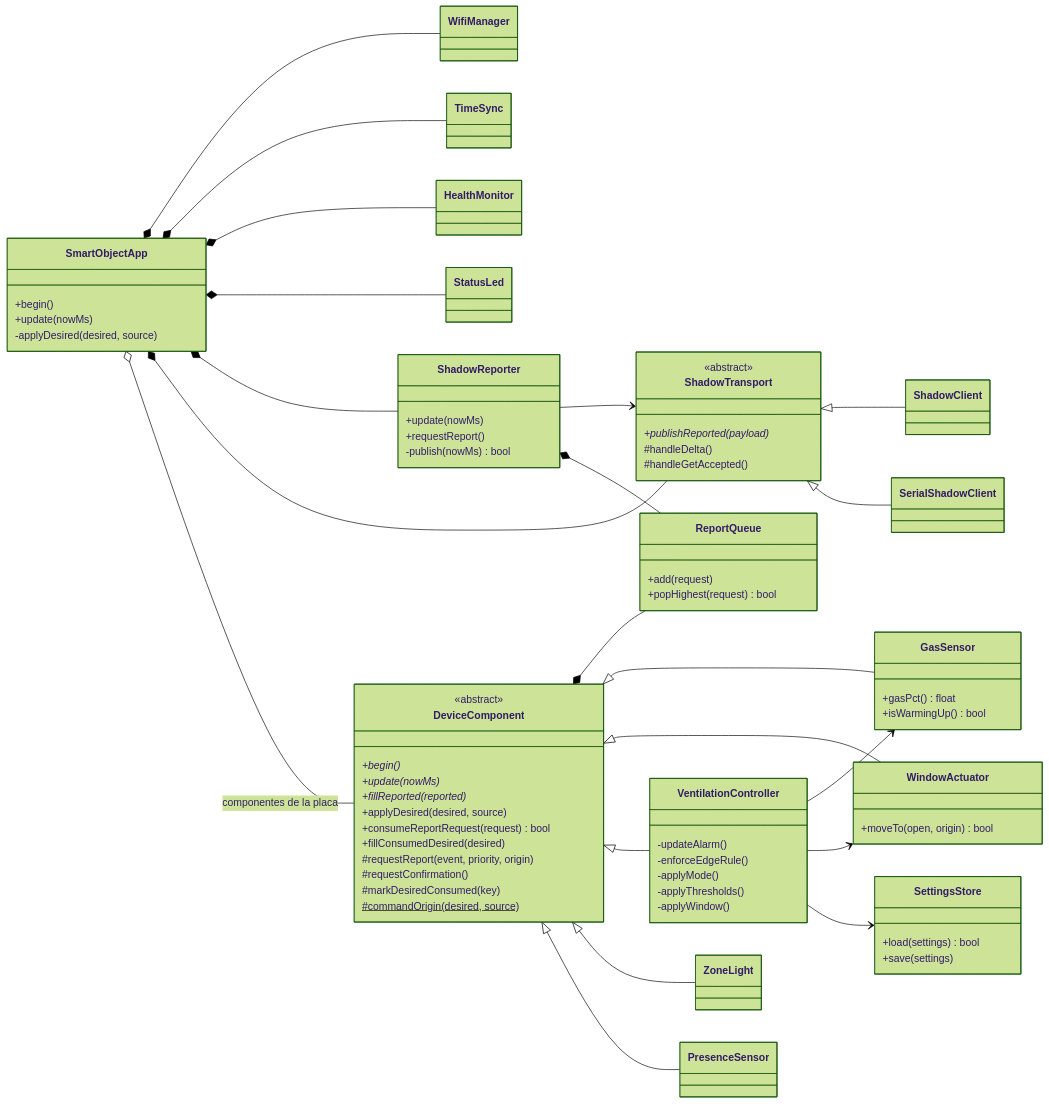
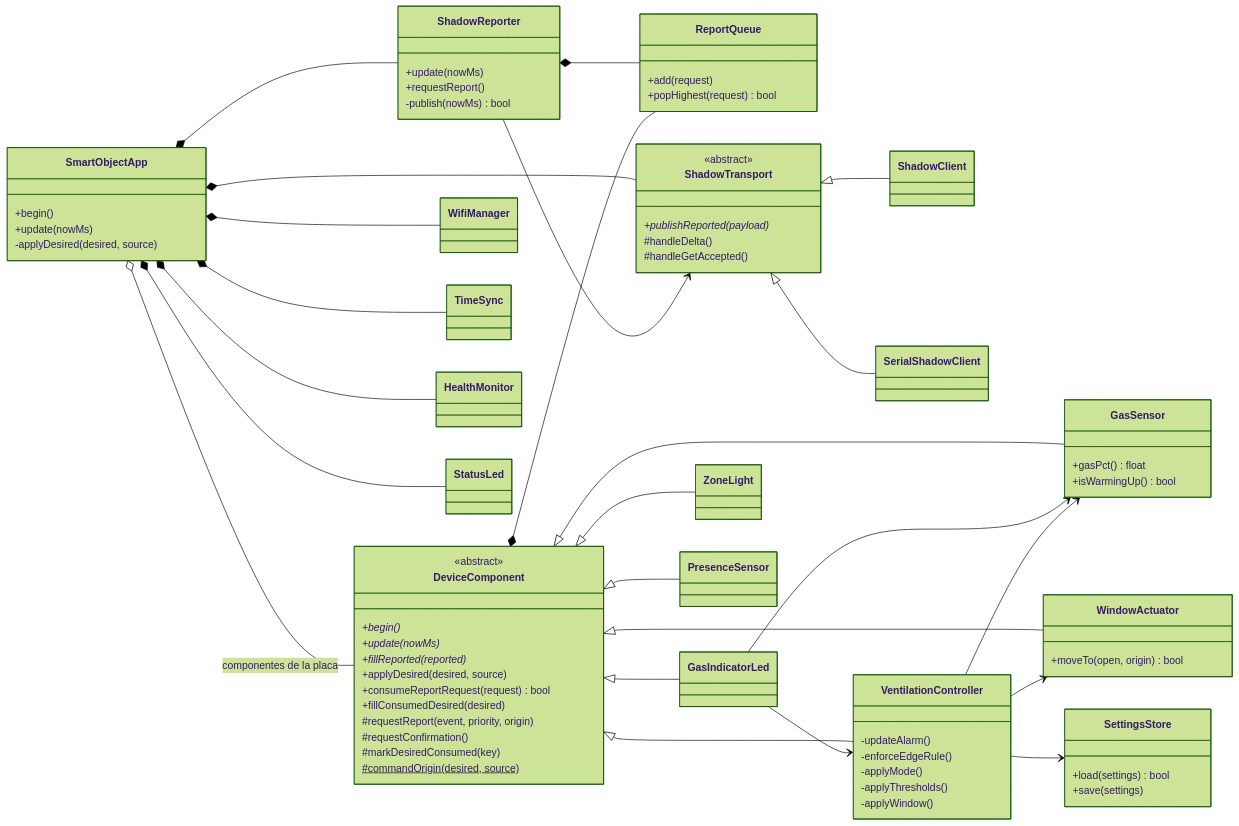
One commit to Andres004/FourthProject-AWS-IoT changed the second of 5 diagrams in Informe_P4.md. Above: the diagram before and after it, drawn with Mermaid (forest theme). The commit also changed other lines of this file and 14 other files, not shown here.

Commit message:
feat(vent): gas indicator LED on D32 and calibrated MQ-2 values (5340 mV, 15/8 %)

```diff
--- a/Informe_P4.md
+++ b/Informe_P4.md
@@ -284,6 +298,7 @@
       +load(settings) bool
       +save(settings)
     }
+    class GasIndicatorLed
     class ZoneLight
     class PresenceSensor
 
@@ -304,6 +319,9 @@
     DeviceComponent <|-- VentilationController
     DeviceComponent <|-- ZoneLight
     DeviceComponent <|-- PresenceSensor
+    DeviceComponent <|-- GasIndicatorLed
+    GasIndicatorLed --> GasSensor
+    GasIndicatorLed --> VentilationController
     VentilationController --> GasSensor
     VentilationController --> WindowActuator
     VentilationController --> SettingsStore
```
